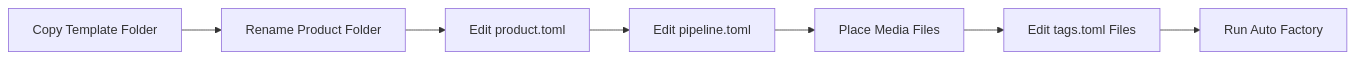
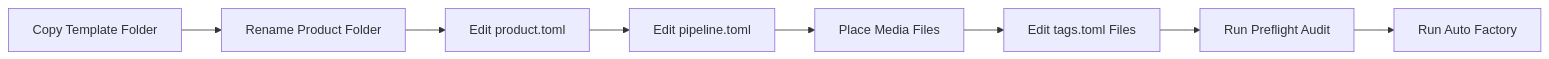
One commit to idev006/MTClipFactory changed the diagram in doc/42_New_Product_Auto_Factory_Template_Kit_2026-06-14.md. Above: the diagram before and after it, drawn with Mermaid. The commit also changed other lines of this file and 10 other files, not shown here.

Commit message:
Add product-folder preflight audit

````diff
--- a/doc/42_New_Product_Auto_Factory_Template_Kit_2026-06-14.md
+++ b/doc/42_New_Product_Auto_Factory_Template_Kit_2026-06-14.md
@@ -93,9 +94,10 @@
 ```mermaid
 flowchart LR
     A["Copy Template Folder"] --> B["Rename Product Folder"]
     B --> C["Edit product.toml"]
     C --> D["Edit pipeline.toml"]
     D --> E["Place Media Files"]
     E --> F["Edit tags.toml Files"]
-    F --> G["Run Auto Factory"]
+    F --> G["Run Preflight Audit"]
+    G --> H["Run Auto Factory"]
 ```
````
